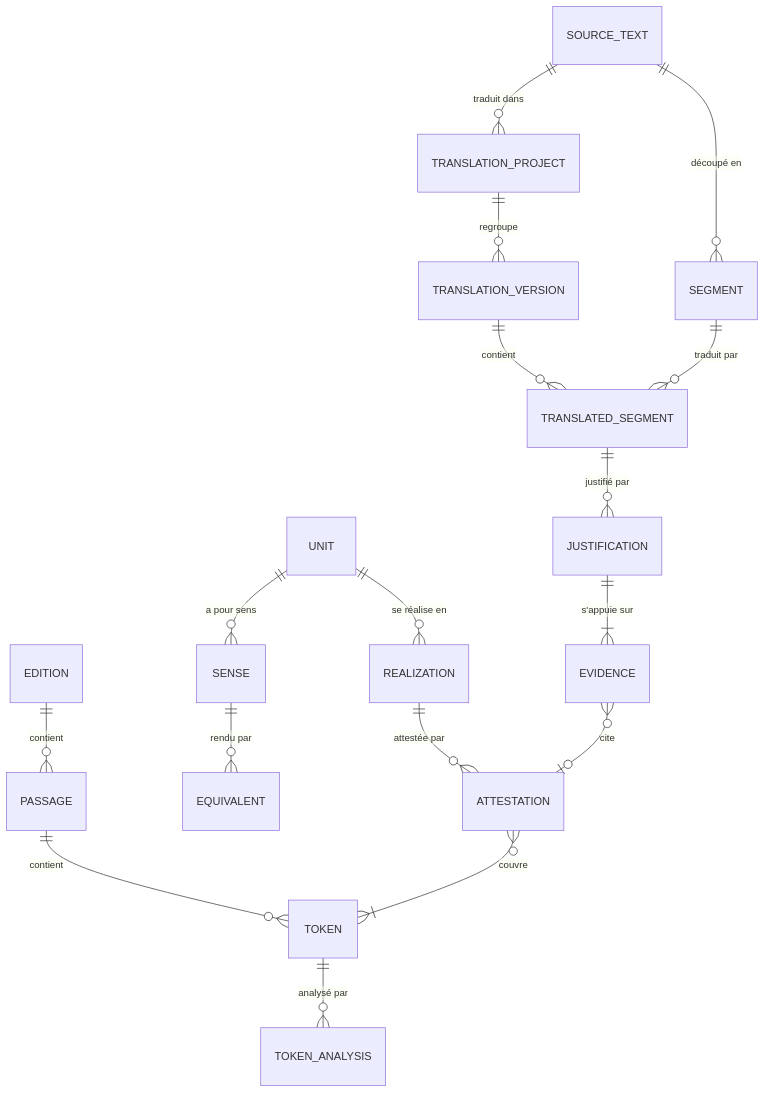
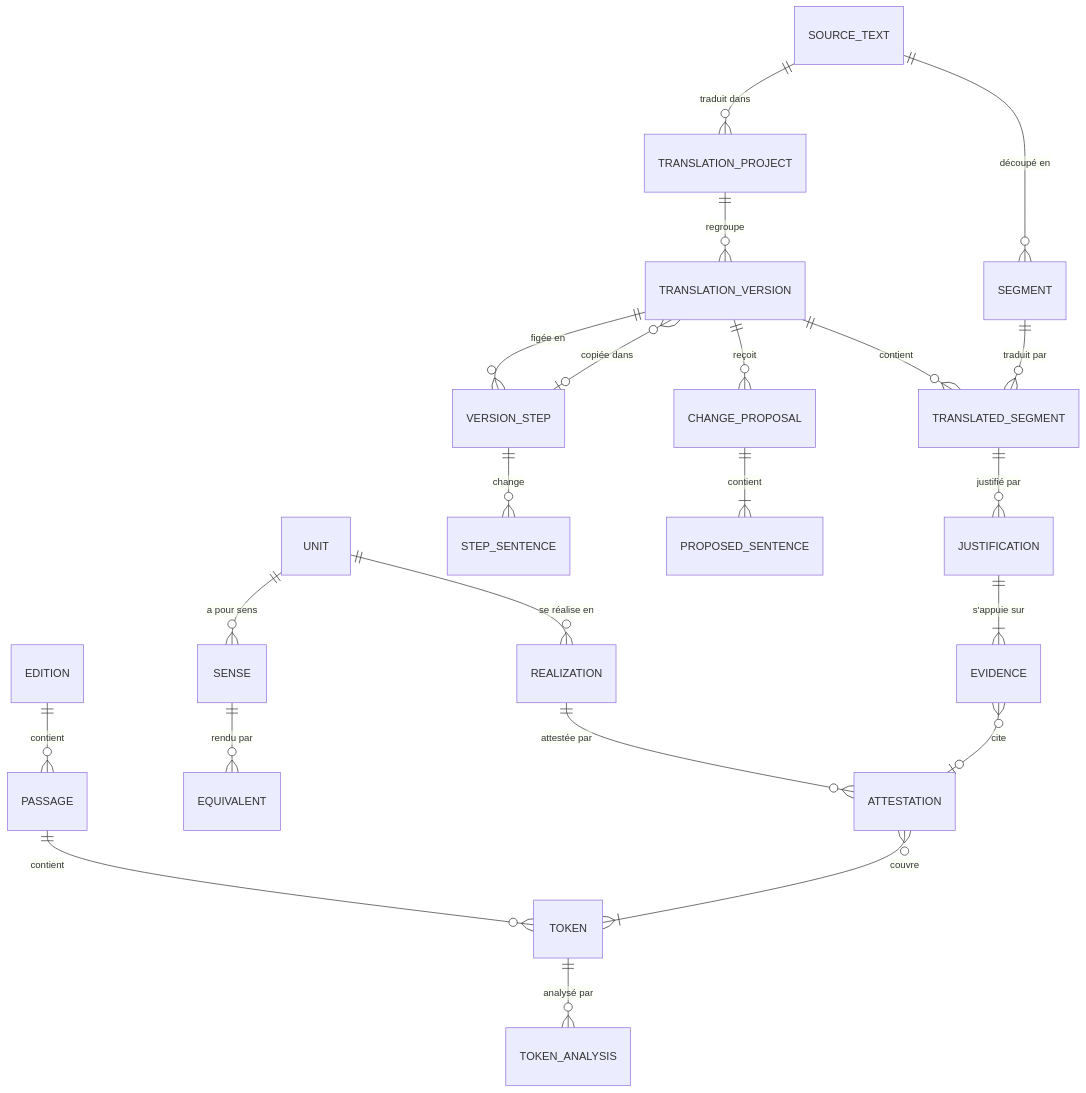
The diagram in docs/modele-de-donnees.md (jderet/phraseologie-latine), drawn with Mermaid before and after one commit. The commit also changed other lines of this file and 3 other files, not shown here.

````diff
--- a/docs/modele-de-donnees.md
+++ b/docs/modele-de-donnees.md
@@ -7,19 +7,24 @@
 ```mermaid
 erDiagram
   EDITION ||--o{ PASSAGE : contient
   PASSAGE ||--o{ TOKEN : contient
   TOKEN ||--o{ TOKEN_ANALYSIS : "analysé par"
   UNIT ||--o{ REALIZATION : "se réalise en"
   UNIT ||--o{ SENSE : "a pour sens"
   SENSE ||--o{ EQUIVALENT : "rendu par"
   REALIZATION ||--o{ ATTESTATION : "attestée par"
   ATTESTATION }o--|{ TOKEN : couvre
   SOURCE_TEXT ||--o{ SEGMENT : "découpé en"
   SOURCE_TEXT ||--o{ TRANSLATION_PROJECT : "traduit dans"
   TRANSLATION_PROJECT ||--o{ TRANSLATION_VERSION : regroupe
   TRANSLATION_VERSION ||--o{ TRANSLATED_SEGMENT : contient
+  TRANSLATION_VERSION ||--o{ VERSION_STEP : "figée en"
+  VERSION_STEP ||--o{ STEP_SENTENCE : "change"
+  VERSION_STEP |o--o{ TRANSLATION_VERSION : "copiée dans"
+  TRANSLATION_VERSION ||--o{ CHANGE_PROPOSAL : reçoit
+  CHANGE_PROPOSAL ||--|{ PROPOSED_SENTENCE : contient
   SEGMENT ||--o{ TRANSLATED_SEGMENT : "traduit par"
   TRANSLATED_SEGMENT ||--o{ JUSTIFICATION : "justifié par"
   JUSTIFICATION ||--|{ EVIDENCE : "s'appuie sur"
   EVIDENCE }o--o| ATTESTATION : cite
 ```
````
